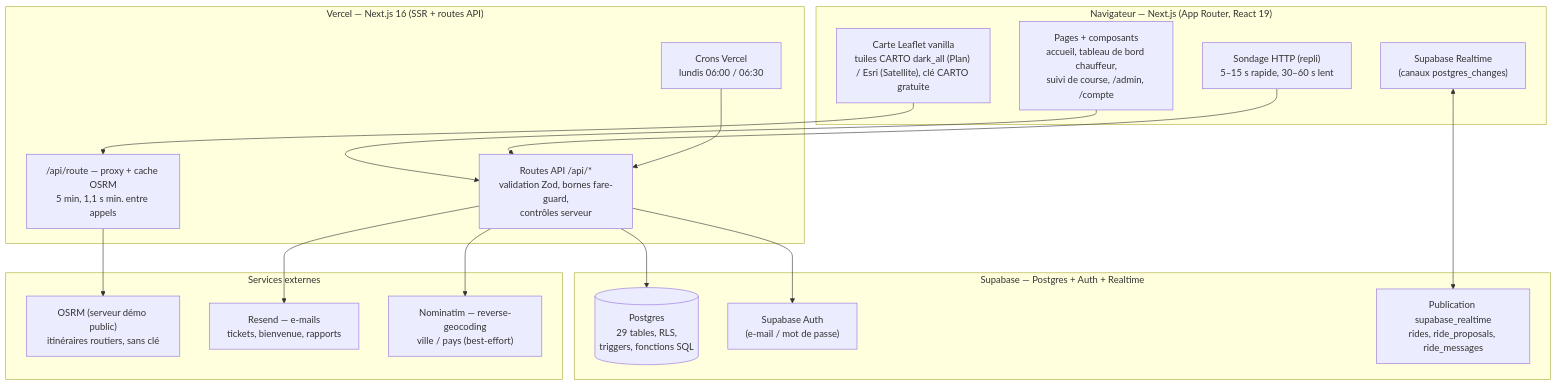
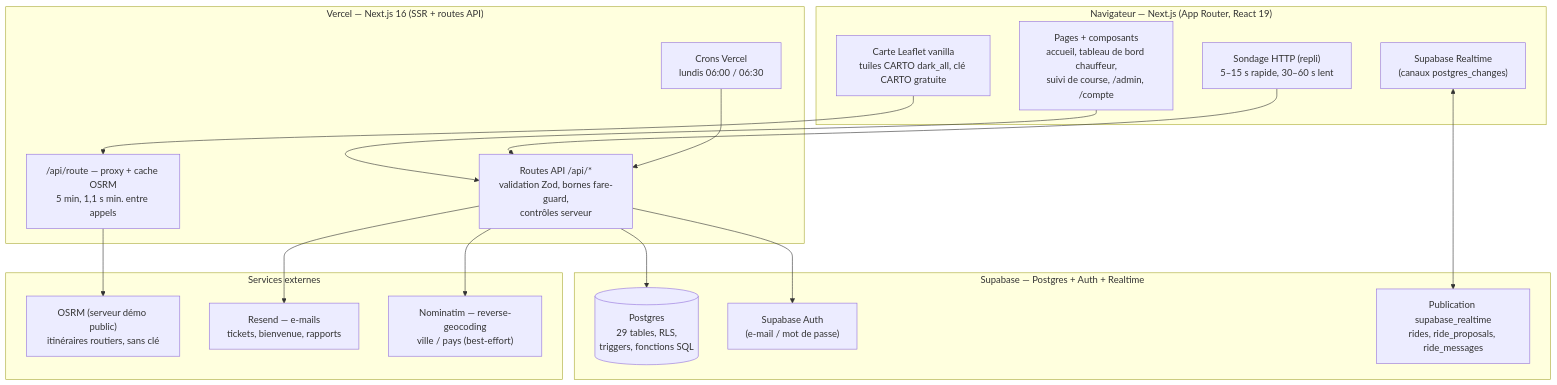
One commit to BVDMANN/Stacks-Drive changed the first of 3 diagrams in docs/ARCHITECTURE.md. Above: the diagram before and after it, drawn with Mermaid. The commit also changed other lines of this file and 158 other files, not shown here.

````diff
--- a/docs/ARCHITECTURE.md
+++ b/docs/ARCHITECTURE.md
@@ -29,34 +29,34 @@
 ```mermaid
 flowchart TB
     subgraph Client["Navigateur — Next.js (App Router, React 19)"]
         UI["Pages + composants<br/>accueil, tableau de bord chauffeur,<br/>suivi de course, /admin, /compte"]
-        MAP["Carte Leaflet vanilla<br/>tuiles CARTO dark_all (Plan) / Esri (Satellite), clé CARTO gratuite"]
+        MAP["Carte Leaflet vanilla<br/>tuiles CARTO dark_all, clé CARTO gratuite"]
         RT["Supabase Realtime<br/>(canaux postgres_changes)"]
         POLL["Sondage HTTP (repli)<br/>5–15 s rapide, 30–60 s lent"]
     end
     subgraph Vercel["Vercel — Next.js 16 (SSR + routes API)"]
         API["Routes API /api/*<br/>validation Zod, bornes fare-guard,<br/>contrôles serveur"]
         CRON["Crons Vercel<br/>lundis 06:00 / 06:30"]
         OSRM_PROXY["/api/route — proxy + cache OSRM<br/>5 min, 1,1 s min. entre appels"]
     end
     subgraph Supabase["Supabase — Postgres + Auth + Realtime"]
         PG[("Postgres<br/>29 tables, RLS,<br/>triggers, fonctions SQL")]
         AUTH["Supabase Auth<br/>(e-mail / mot de passe)"]
         PUB["Publication supabase_realtime<br/>rides, ride_proposals, ride_messages"]
     end
     subgraph Ext["Services externes"]
         OSRM["OSRM (serveur démo public)<br/>itinéraires routiers, sans clé"]
         RESEND["Resend — e-mails<br/>tickets, bienvenue, rapports"]
         NOM["Nominatim — reverse-geocoding<br/>ville / pays (best-effort)"]
     end
     UI --> API
     MAP --> OSRM_PROXY
     RT <--> PUB
     POLL --> API
     API --> PG
     API --> AUTH
     CRON --> API
     OSRM_PROXY --> OSRM
     API --> RESEND
     API --> NOM
 ```
````
